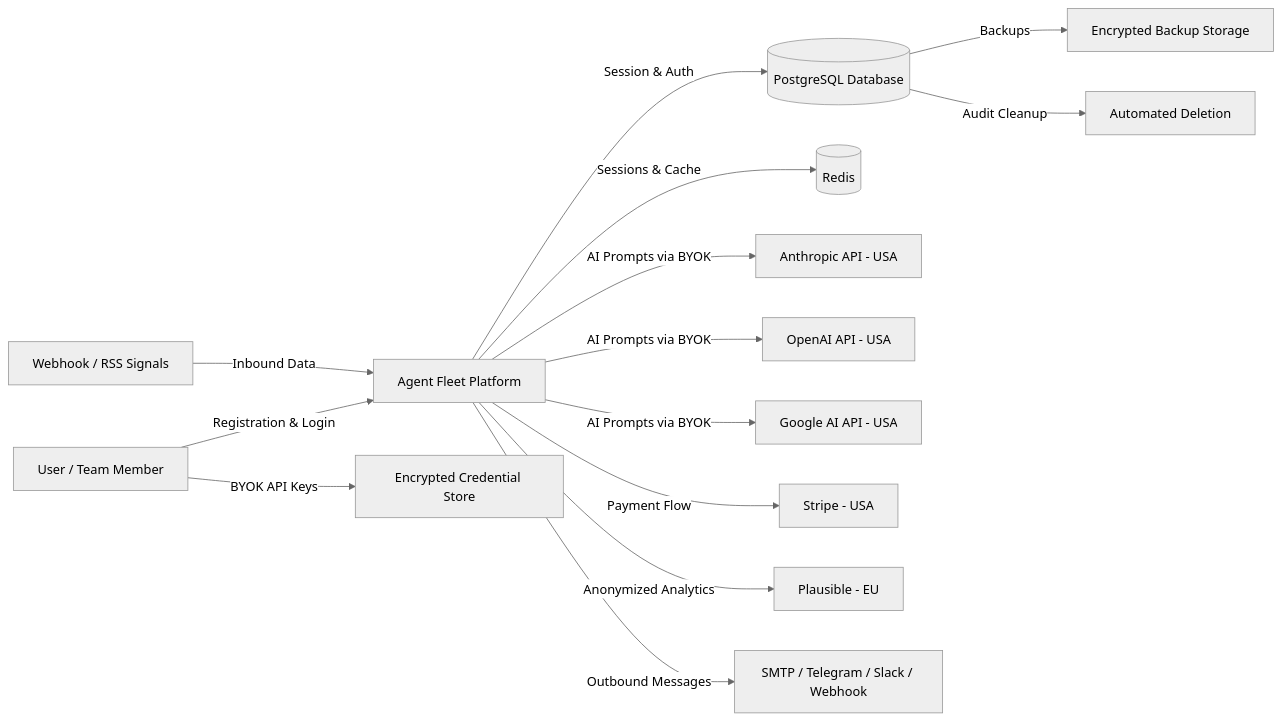
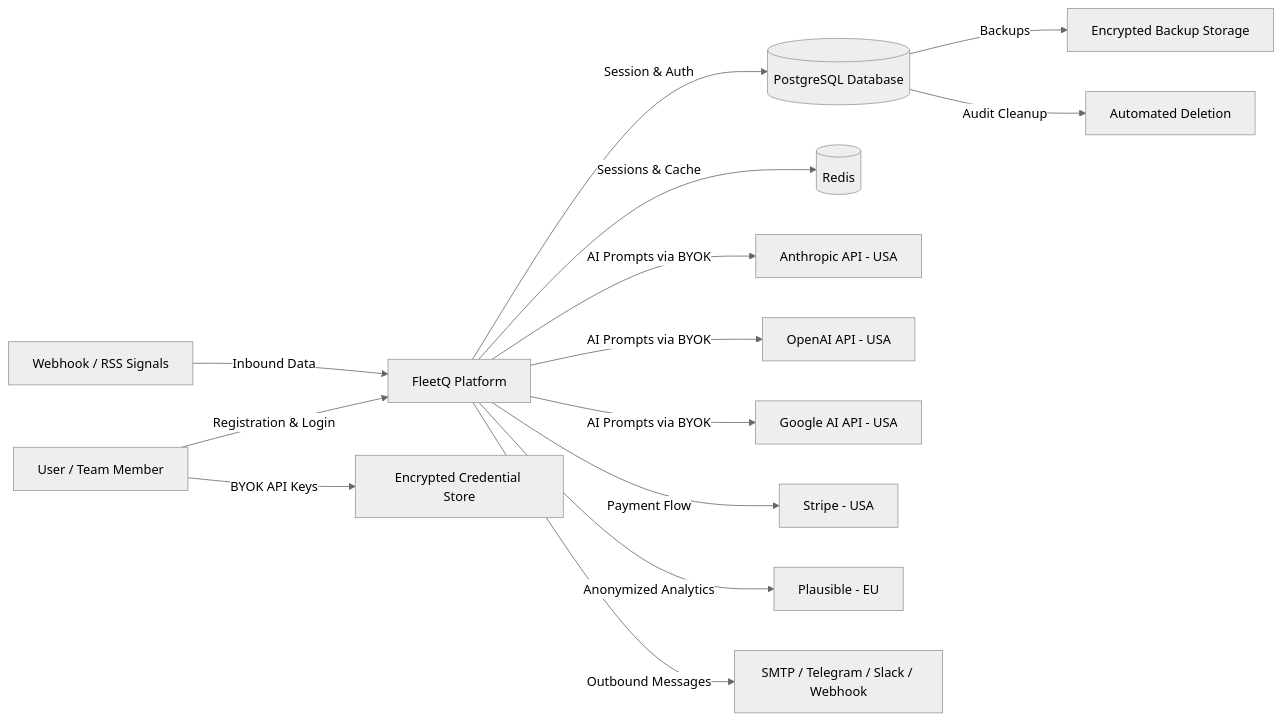
One commit to escapeboy/agent-fleet-o changed the diagram in docs/legal/dpia.md. Above: the diagram before and after it, drawn with Mermaid (neutral theme). The commit also changed other lines of this file and 50 other files, not shown here.

First line of the commit message:
feat(brand): rebrand Agent Fleet → FleetQ

````diff
--- a/docs/legal/dpia.md
+++ b/docs/legal/dpia.md
@@ -68,22 +68,22 @@
 ```mermaid
 graph LR
-    A[User / Team Member] -->|Registration & Login| B[Agent Fleet Platform]
+    A[User / Team Member] -->|Registration & Login| B[FleetQ Platform]
     B -->|Session & Auth| C[(PostgreSQL Database)]
     B -->|Sessions & Cache| D[(Redis)]
 
     A -->|BYOK API Keys| E[Encrypted Credential Store]
 
     B -->|AI Prompts via BYOK| F[Anthropic API - USA]
     B -->|AI Prompts via BYOK| G[OpenAI API - USA]
     B -->|AI Prompts via BYOK| H[Google AI API - USA]
 
     B -->|Payment Flow| I[Stripe - USA]
     B -->|Anonymized Analytics| J[Plausible - EU]
 
     B -->|Outbound Messages| K[SMTP / Telegram / Slack / Webhook]
 
     L[Webhook / RSS Signals] -->|Inbound Data| B
 
     C -->|Backups| M[Encrypted Backup Storage]
     C -->|Audit Cleanup| N[Automated Deletion]
 ```
````
